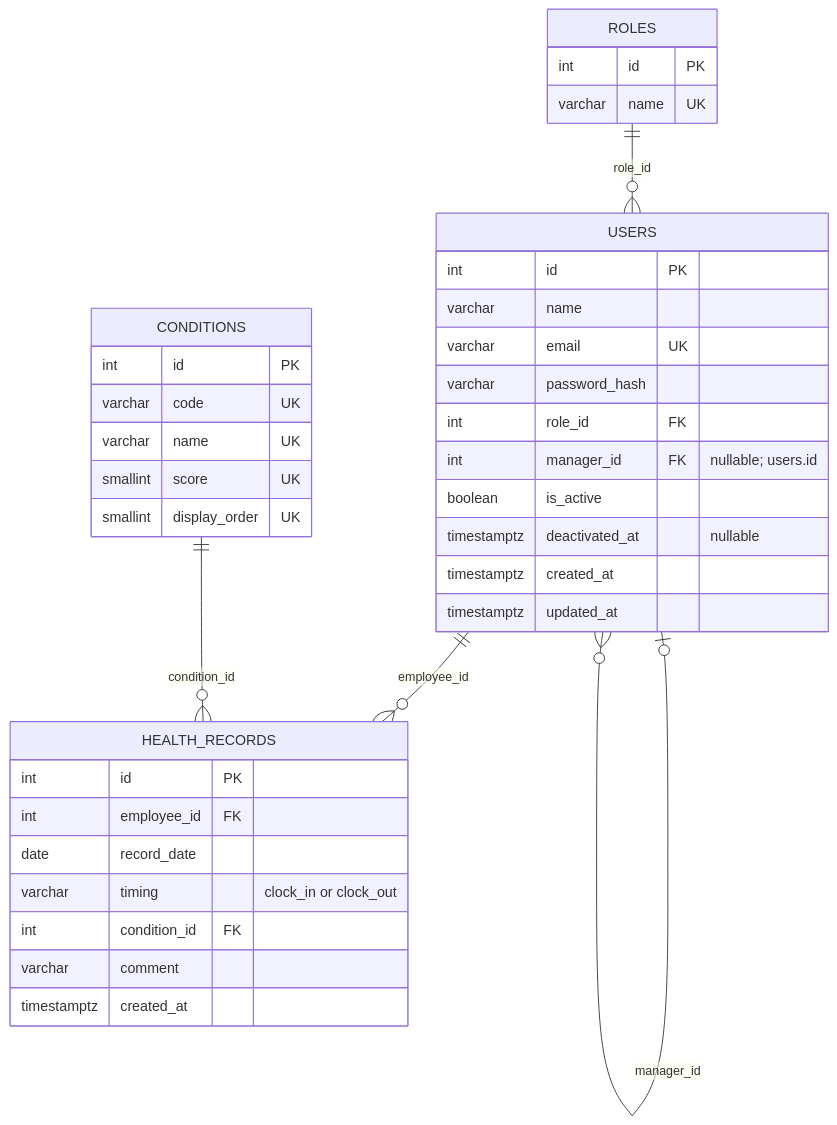
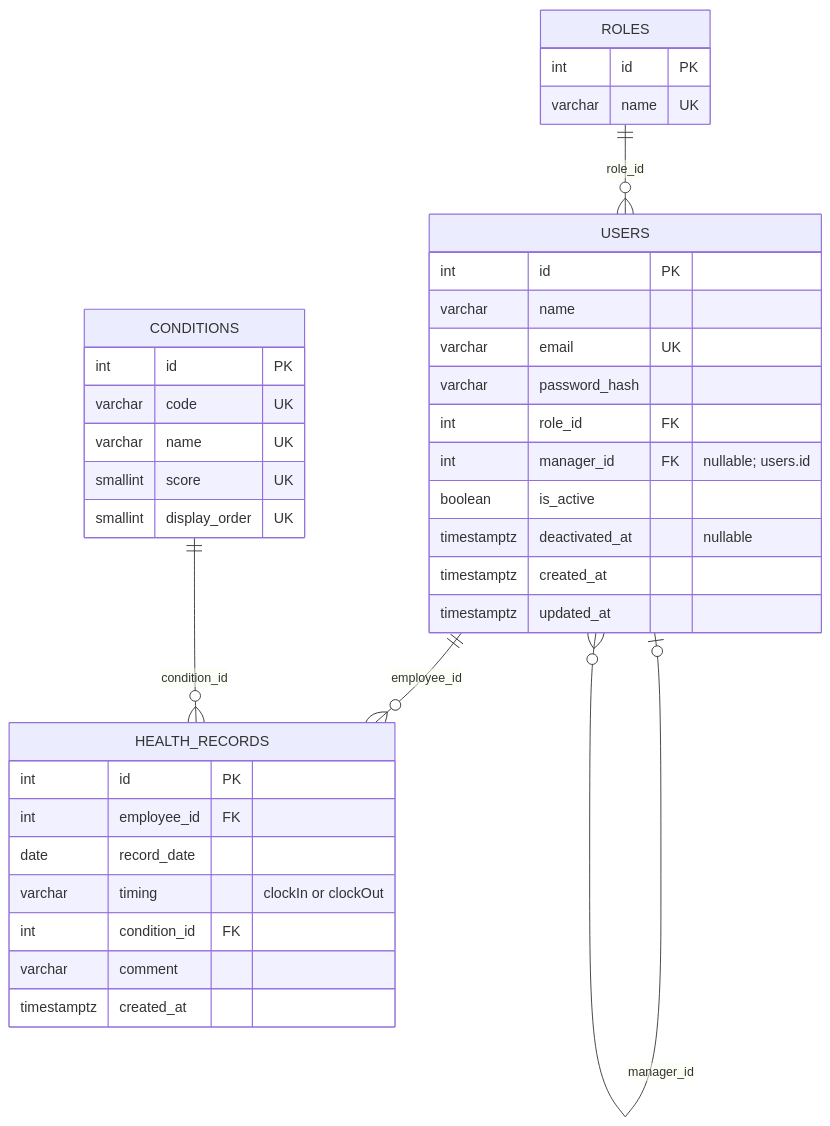
Before and after one commit to atamu2463/health-bridge: the diagram in docs/architecture.md, drawn with Mermaid. The commit also changed other lines of this file and 1 other file, not shown here.

````diff
--- a/docs/architecture.md
+++ b/docs/architecture.md
@@ -136,43 +168,43 @@
 ```mermaid
 erDiagram
     ROLES ||--o{ USERS : "role_id"
     USERS o|--o{ USERS : "manager_id"
     USERS ||--o{ HEALTH_RECORDS : "employee_id"
     CONDITIONS ||--o{ HEALTH_RECORDS : "condition_id"
 
     ROLES {
         int id PK
         varchar name UK
     }
 
     USERS {
         int id PK
         varchar name
         varchar email UK
         varchar password_hash
         int role_id FK
         int manager_id FK "nullable; users.id"
         boolean is_active
         timestamptz deactivated_at "nullable"
         timestamptz created_at
         timestamptz updated_at
     }
 
     CONDITIONS {
         int id PK
         varchar code UK
         varchar name UK
         smallint score UK
         smallint display_order UK
     }
 
     HEALTH_RECORDS {
         int id PK
         int employee_id FK
         date record_date
-        varchar timing "clock_in or clock_out"
+        varchar timing "clockIn or clockOut"
         int condition_id FK
         varchar comment
         timestamptz created_at
     }
 ```
````
